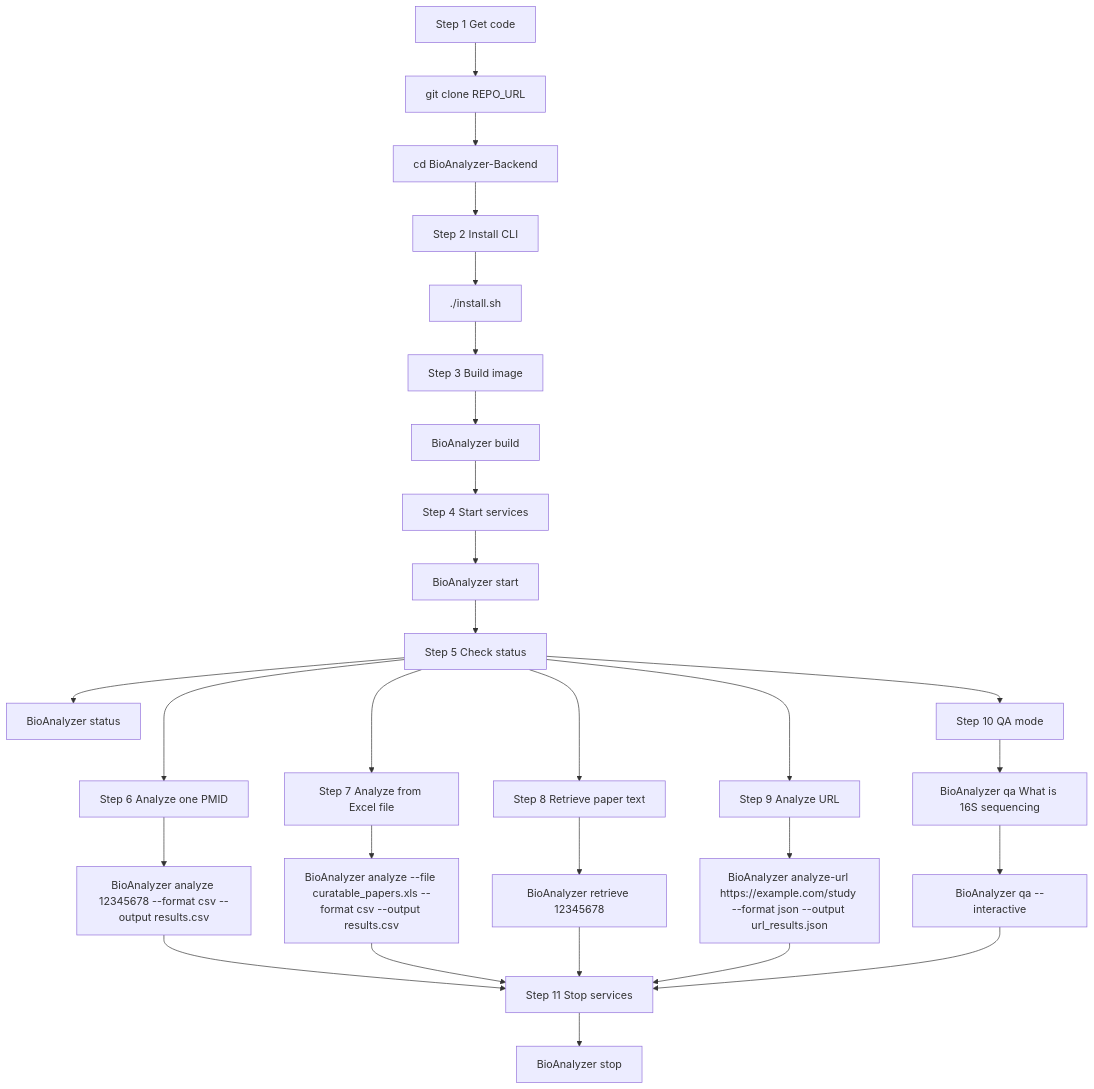
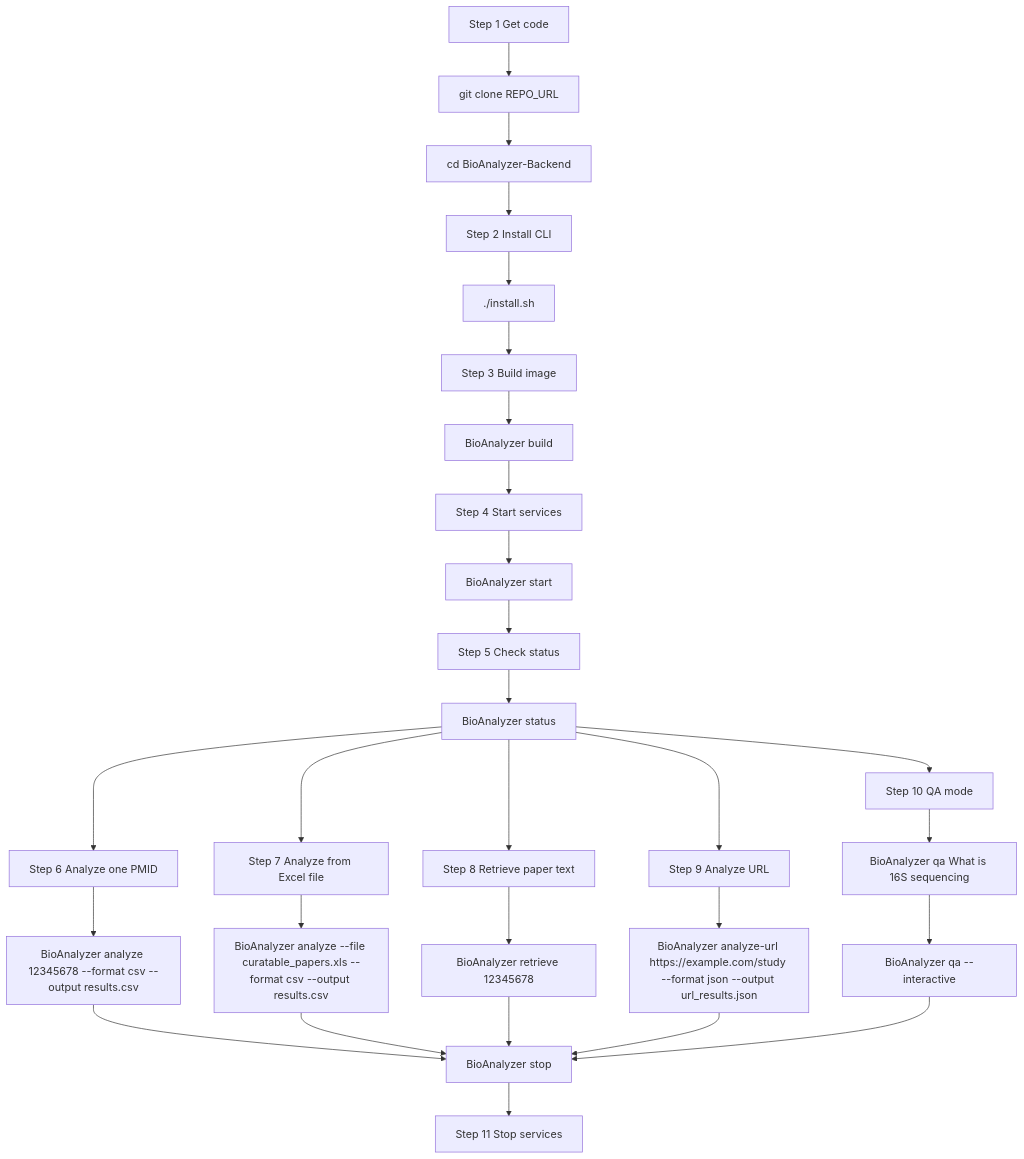
Before and after one commit to waldronlab/bioanalyzer-backend: the diagram in docs/usersteps.mmd, drawn with Mermaid.

```diff
--- a/docs/usersteps.mmd
+++ b/docs/usersteps.mmd
@@ -1,42 +1,71 @@
 flowchart TD
     A[Step 1 Get code]
-    A1[git clone REPO_URL]
-    A2[cd BioAnalyzer-Backend]
+    A1["git clone REPO_URL"]
+    A2["cd BioAnalyzer-Backend"]
 
     B[Step 2 Install CLI]
-    B1[./install.sh]
+    B1["./install.sh"]
 
     C[Step 3 Build image]
-    C1[BioAnalyzer build]
+    C1["BioAnalyzer build"]
 
     D[Step 4 Start services]
-    D1[BioAnalyzer start]
+    D1["BioAnalyzer start"]
 
     E[Step 5 Check status]
-    E1[BioAnalyzer status]
+    E1["BioAnalyzer status"]
 
     F[Step 6 Analyze one PMID]
-    F1[BioAnalyzer analyze 12345678 --format csv --output results.csv]
+    F1["BioAnalyzer analyze 12345678 --format csv --output results.csv"]
 
     G[Step 7 Analyze from Excel file]
-    G1[BioAnalyzer analyze --file curatable_papers.xls --format csv --output results.csv]
+    G1["BioAnalyzer analyze --file curatable_papers.xls --format csv --output results.csv"]
 
     H[Step 8 Retrieve paper text]
-    H1[BioAnalyzer retrieve 12345678]
+    H1["BioAnalyzer retrieve 12345678"]
 
     I[Step 9 Analyze URL]
-    I1[BioAnalyzer analyze-url https://example.com/study --format json --output url_results.json]
+    I1["BioAnalyzer analyze-url https://example.com/study --format json --output url_results.json"]
 
     J[Step 10 QA mode]
-    J1[BioAnalyzer qa What is 16S sequencing]
-    J2[BioAnalyzer qa --interactive]
+    J1["BioAnalyzer qa What is 16S sequencing"]
+    J2["BioAnalyzer qa --interactive"]
 
     K[Step 11 Stop services]
-    K1[BioAnalyzer stop]
+    K1["BioAnalyzer stop"]
 
-    A --> A1 --> A2 --> B --> B1 --> C --> C1 --> D --> D1 --> E --> E1
-    E --> F --> F1 --> K --> K1
-    E --> G --> G1 --> K
-    E --> H --> H1 --> K
-    E --> I --> I1 --> K
-    E --> J --> J1 --> J2 --> K
+    %% Broken up connections for GitHub stability
+    A --> A1
+    A1 --> A2
+    A2 --> B
+    B --> B1
+    B1 --> C
+    C --> C1
+    C1 --> D
+    D --> D1
+    D1 --> E
+    E --> E1
+    
+    %% Branching from Step 5
+    E1 --> F
+    F --> F1
+    F1 --> K1
+    
+    E1 --> G
+    G --> G1
+    G1 --> K1
+    
+    E1 --> H
+    H --> H1
+    H1 --> K1
+    
+    E1 --> I
+    I --> I1
+    I1 --> K1
+    
+    E1 --> J
+    J --> J1
+    J1 --> J2
+    J2 --> K1
+    
+    K1 --> K
```
